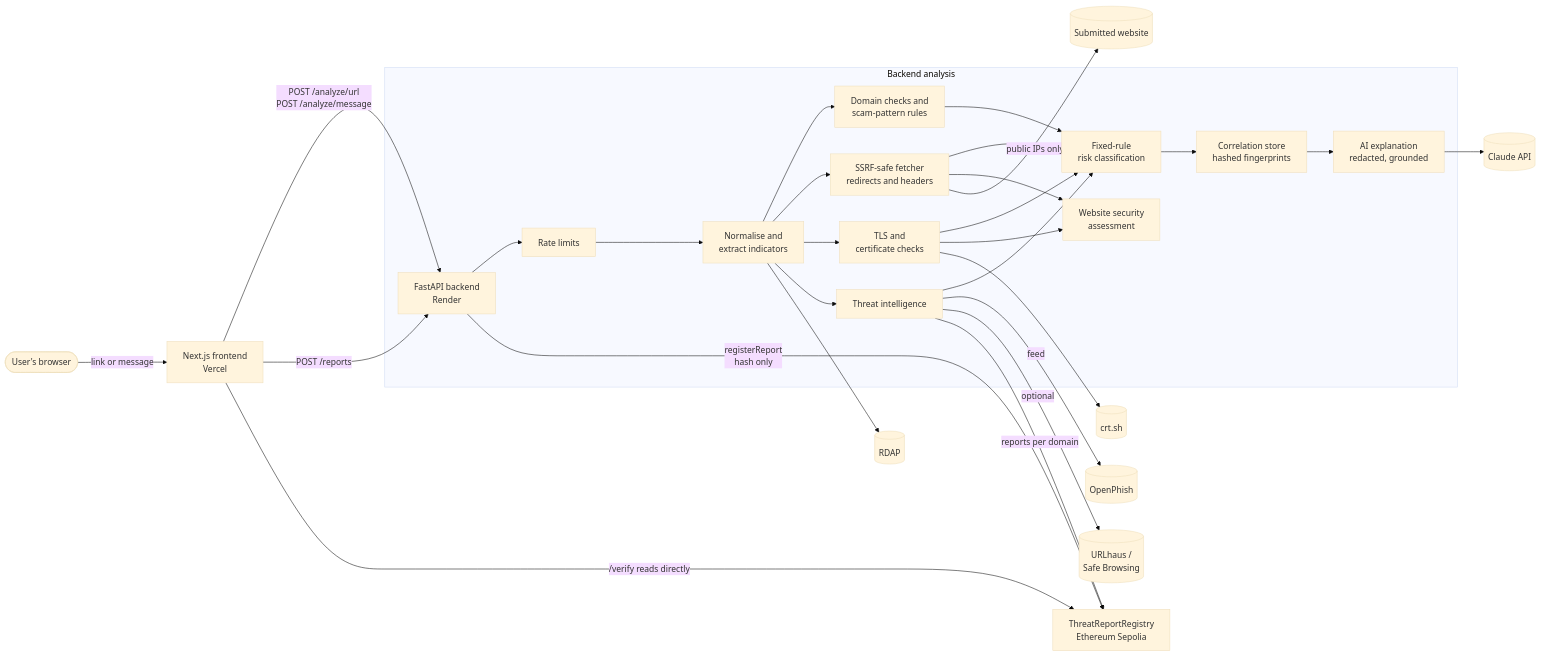
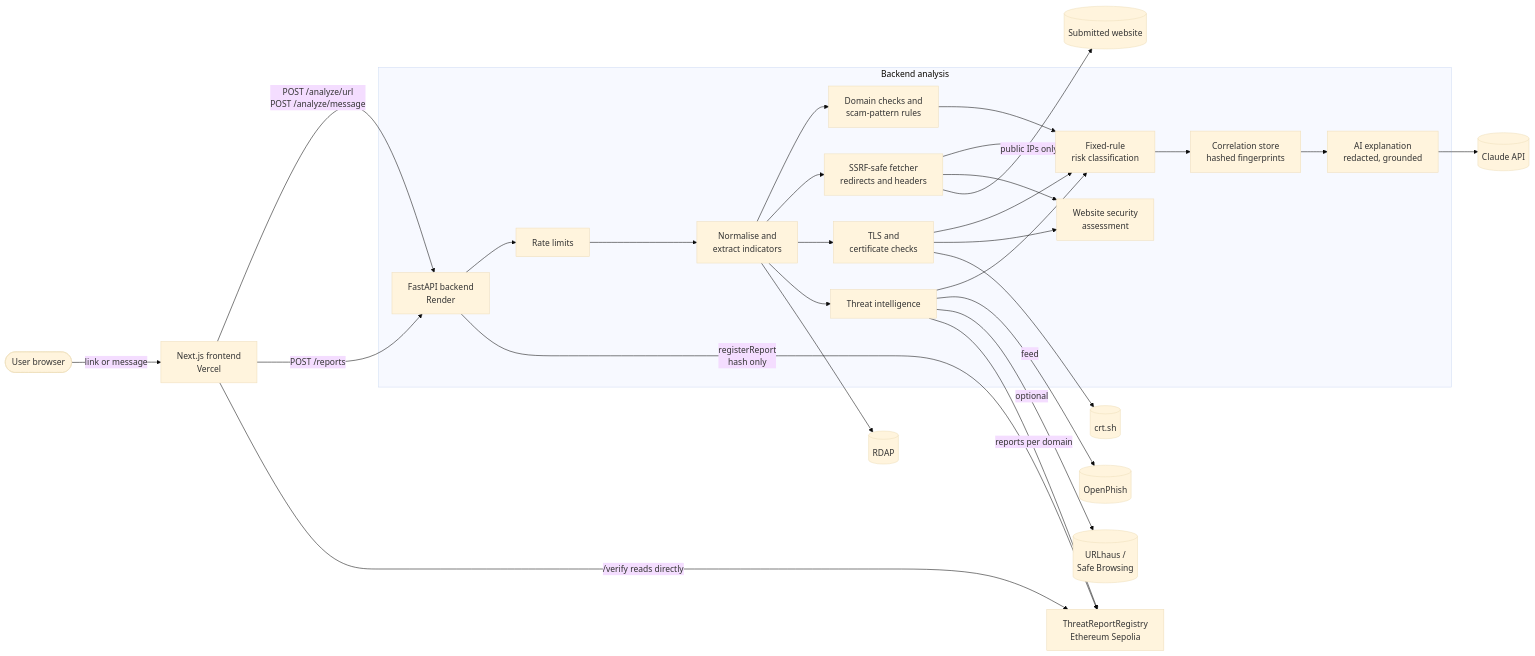
Before and after one commit to ratulexe/vexora: the diagram in README.md, drawn with Mermaid (base theme).

Commit message:
Avoid an apostrophe in the Mermaid diagram label

````diff
--- a/README.md
+++ b/README.md
@@ -50,30 +50,30 @@
 ```mermaid
 flowchart LR
-    User([User's browser]) -->|link or message| FE[Next.js frontend<br/>Vercel]
+    User([User browser]) -->|link or message| FE[Next.js frontend<br/>Vercel]
     FE -->|POST /analyze/url<br/>POST /analyze/message| API[FastAPI backend<br/>Render]
     FE -->|POST /reports| API
 
     subgraph Backend analysis
         API --> RL[Rate limits]
         RL --> NORM[Normalise and<br/>extract indicators]
         NORM --> RULES[Domain checks and<br/>scam-pattern rules]
         NORM --> SAFE[SSRF-safe fetcher<br/>redirects and headers]
         NORM --> TLS[TLS and<br/>certificate checks]
         NORM --> TI[Threat intelligence]
         RULES & SAFE & TLS & TI --> CLASSIFY[Fixed-rule<br/>risk classification]
         SAFE & TLS --> SEC[Website security<br/>assessment]
         CLASSIFY --> CORR[Correlation store<br/>hashed fingerprints]
         CORR --> AI[AI explanation<br/>redacted, grounded]
     end
 
     TI -->|feed| OP[(OpenPhish)]
     TI -->|optional| UH[(URLhaus /<br/>Safe Browsing)]
     TLS --> CT[(crt.sh)]
     NORM --> RDAP[(RDAP)]
     AI --> CL[(Claude API)]
     SAFE -->|public IPs only| WEB[(Submitted website)]
 
     API -->|registerReport<br/>hash only| SC[ThreatReportRegistry<br/>Ethereum Sepolia]
     TI -->|reports per domain| SC
     FE -->|/verify reads directly| SC
 ```
````
